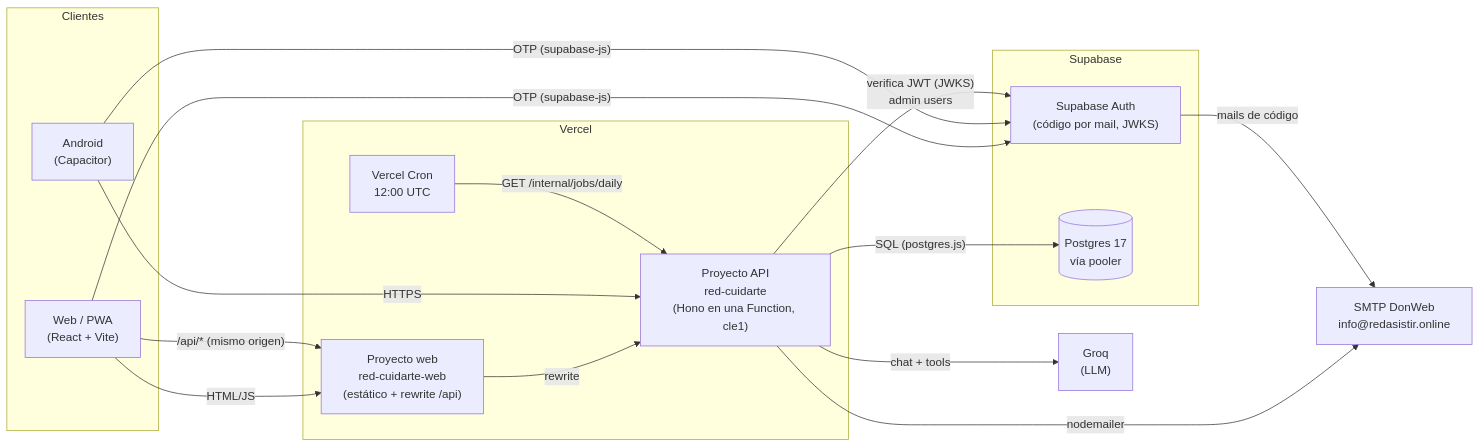
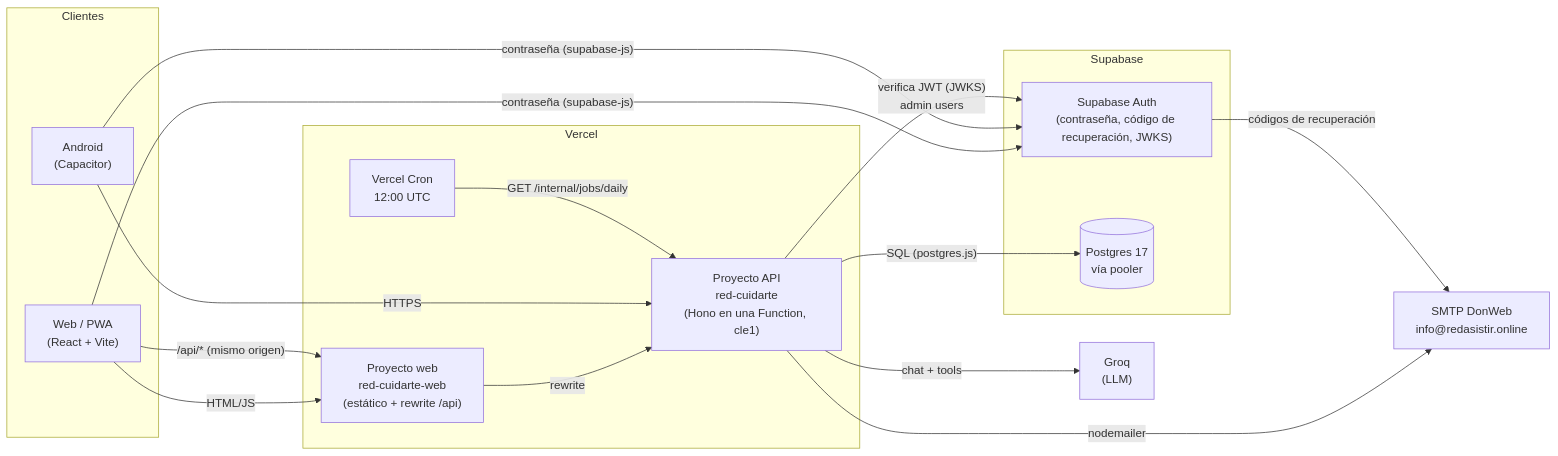
The first of 5 diagrams in docs/architecture.md (Nicolasgh91/red-cuidarte), drawn with Mermaid before and after one commit. The commit also changed other lines of this file and 36 other files, not shown here.

````diff
--- a/docs/architecture.md
+++ b/docs/architecture.md
@@ -42,34 +42,34 @@
 ```mermaid
 flowchart LR
   subgraph Clientes
     PWA["Web / PWA<br/>(React + Vite)"]
     APK["Android<br/>(Capacitor)"]
   end
 
   subgraph Vercel
     WEB["Proyecto web<br/>red-cuidarte-web<br/>(estático + rewrite /api)"]
     API["Proyecto API<br/>red-cuidarte<br/>(Hono en una Function, cle1)"]
     CRON["Vercel Cron<br/>12:00 UTC"]
   end
 
   subgraph Supabase
-    AUTH["Supabase Auth<br/>(código por mail, JWKS)"]
+    AUTH["Supabase Auth<br/>(contraseña, código de recuperación, JWKS)"]
     PG[("Postgres 17<br/>vía pooler")]
   end
 
   GROQ["Groq<br/>(LLM)"]
   SMTP["SMTP DonWeb<br/>info@redasistir.online"]
 
   PWA -- "HTML/JS" --> WEB
   PWA -- "/api/* (mismo origen)" --> WEB
   WEB -- "rewrite" --> API
   APK -- "HTTPS" --> API
-  PWA -- "OTP (supabase-js)" --> AUTH
-  APK -- "OTP (supabase-js)" --> AUTH
+  PWA -- "contraseña (supabase-js)" --> AUTH
+  APK -- "contraseña (supabase-js)" --> AUTH
   API -- "verifica JWT (JWKS)<br/>admin users" --> AUTH
   API -- "SQL (postgres.js)" --> PG
   API -- "chat + tools" --> GROQ
   API -- "nodemailer" --> SMTP
-  AUTH -- "mails de código" --> SMTP
+  AUTH -- "códigos de recuperación" --> SMTP
   CRON -- "GET /internal/jobs/daily" --> API
 ```
````
